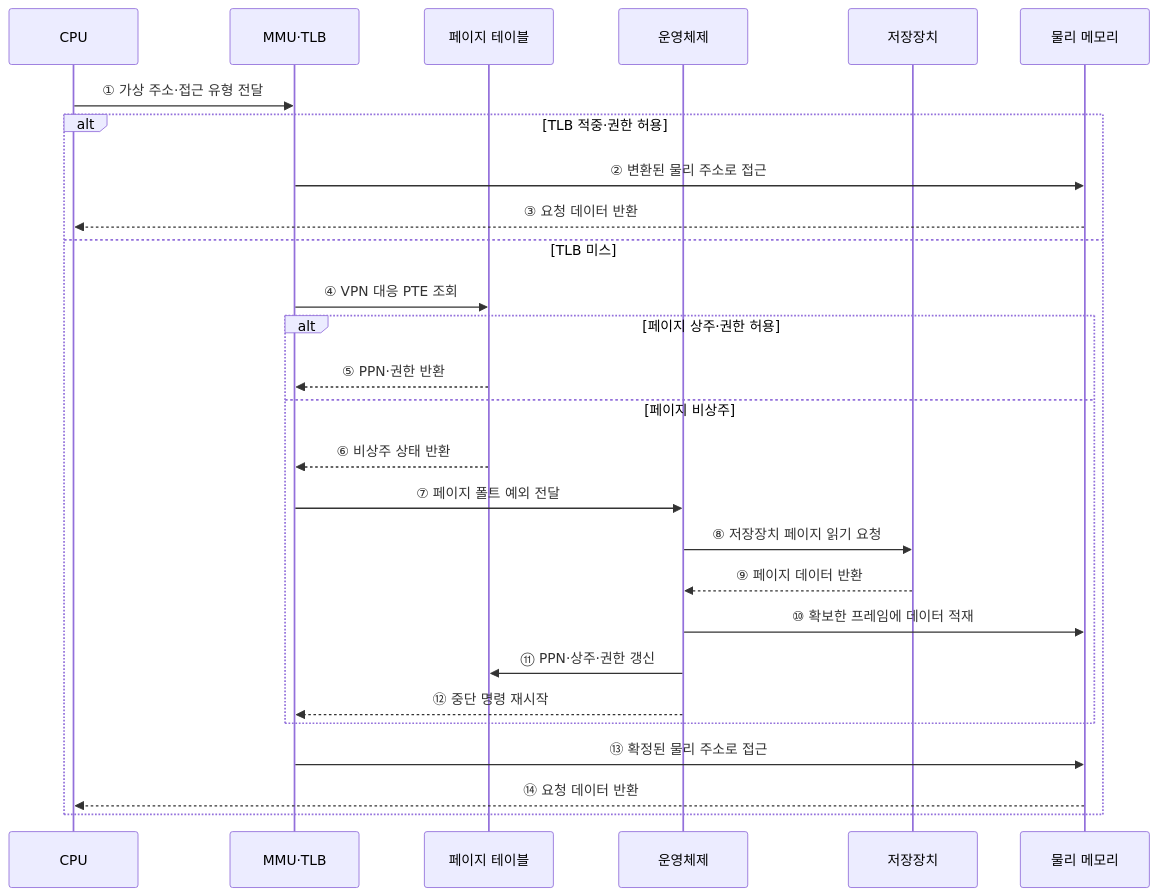
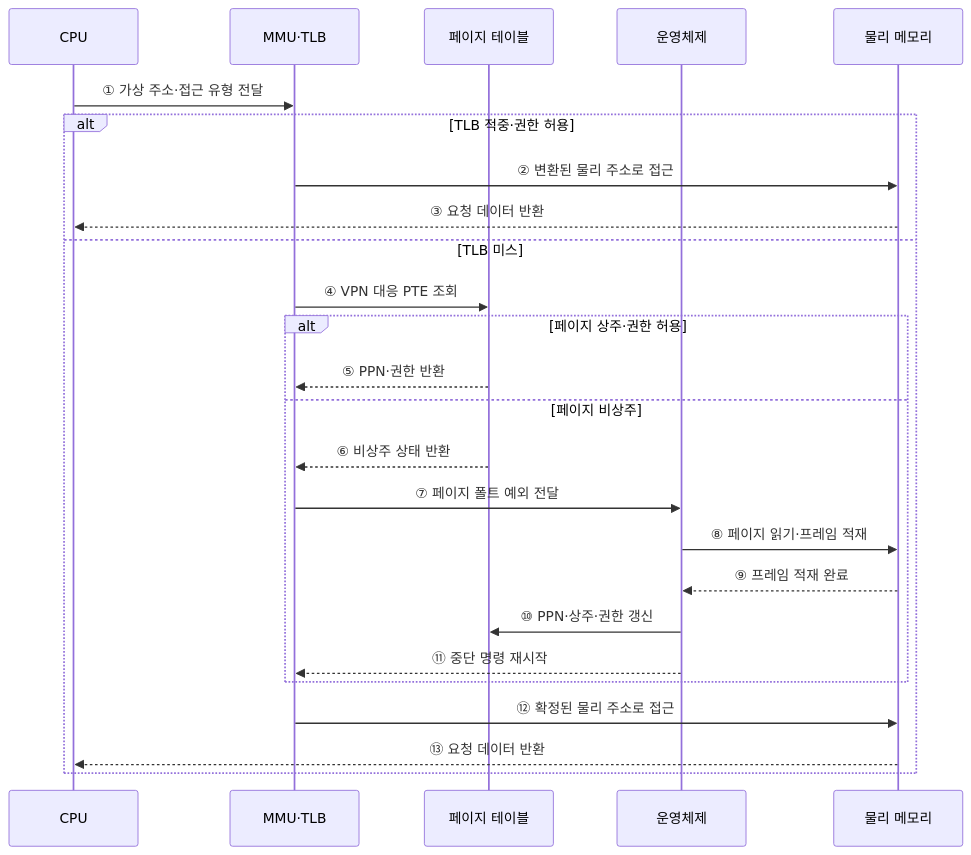
Before and after one commit to agnusdei1207/knowledge-base: the second of 2 diagrams in src/content/docs/notes/02-hardware/017_virtual_memory_paging_segmentation.md, drawn with Mermaid. The commit also changed other lines of this file and 20 other files, not shown here.

````diff
--- a/src/content/docs/notes/02-hardware/017_virtual_memory_paging_segmentation.md
+++ b/src/content/docs/notes/02-hardware/017_virtual_memory_paging_segmentation.md
@@ -90,29 +90,27 @@
 ```mermaid
 sequenceDiagram
     participant C as CPU
     participant M as MMU·TLB
     participant P as 페이지 테이블
     participant O as 운영체제
-    participant S as 저장장치
     participant R as 물리 메모리
     C->>M: ① 가상 주소·접근 유형 전달
     alt TLB 적중·권한 허용
         M->>R: ② 변환된 물리 주소로 접근
         R-->>C: ③ 요청 데이터 반환
     else TLB 미스
         M->>P: ④ VPN 대응 PTE 조회
         alt 페이지 상주·권한 허용
             P-->>M: ⑤ PPN·권한 반환
         else 페이지 비상주
             P-->>M: ⑥ 비상주 상태 반환
             M->>O: ⑦ 페이지 폴트 예외 전달
-            O->>S: ⑧ 저장장치 페이지 읽기 요청
-            S-->>O: ⑨ 페이지 데이터 반환
-            O->>R: ⑩ 확보한 프레임에 데이터 적재
-            O->>P: ⑪ PPN·상주·권한 갱신
-            O-->>M: ⑫ 중단 명령 재시작
+            O->>R: ⑧ 페이지 읽기·프레임 적재
+            R-->>O: ⑨ 프레임 적재 완료
+            O->>P: ⑩ PPN·상주·권한 갱신
+            O-->>M: ⑪ 중단 명령 재시작
         end
-        M->>R: ⑬ 확정된 물리 주소로 접근
-        R-->>C: ⑭ 요청 데이터 반환
+        M->>R: ⑫ 확정된 물리 주소로 접근
+        R-->>C: ⑬ 요청 데이터 반환
     end
 ```
````
